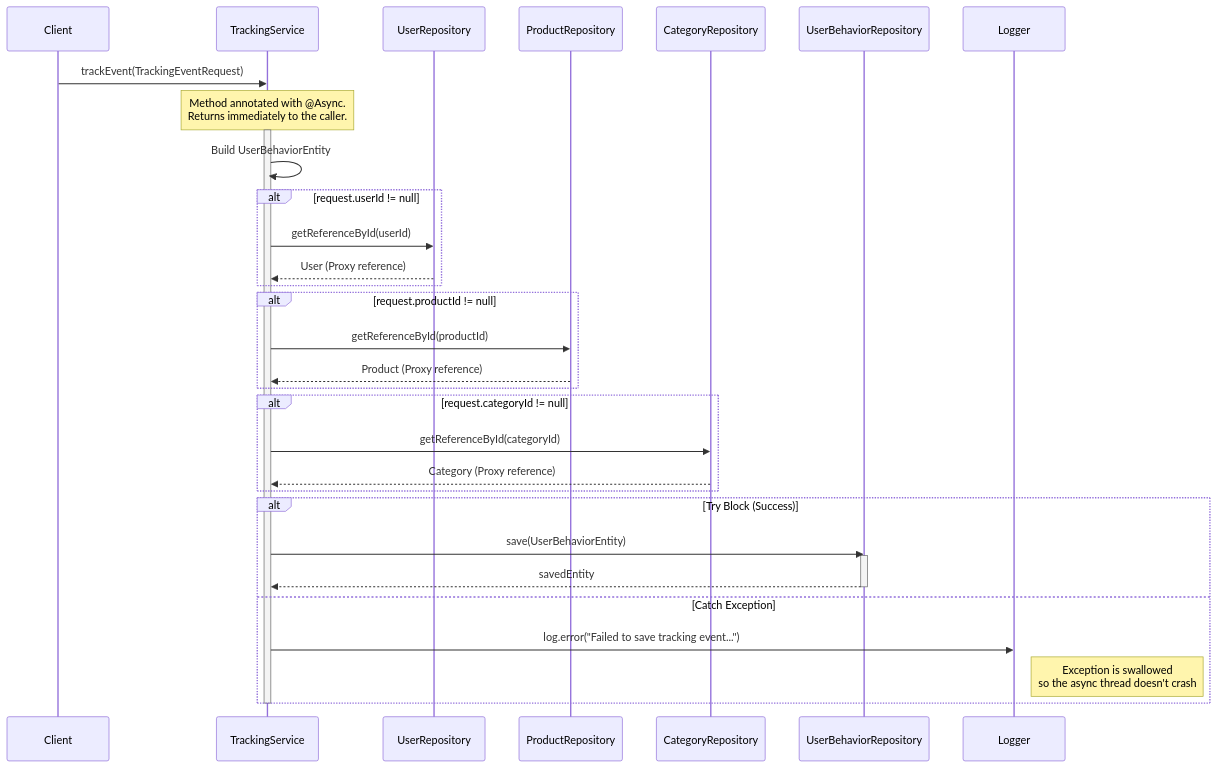
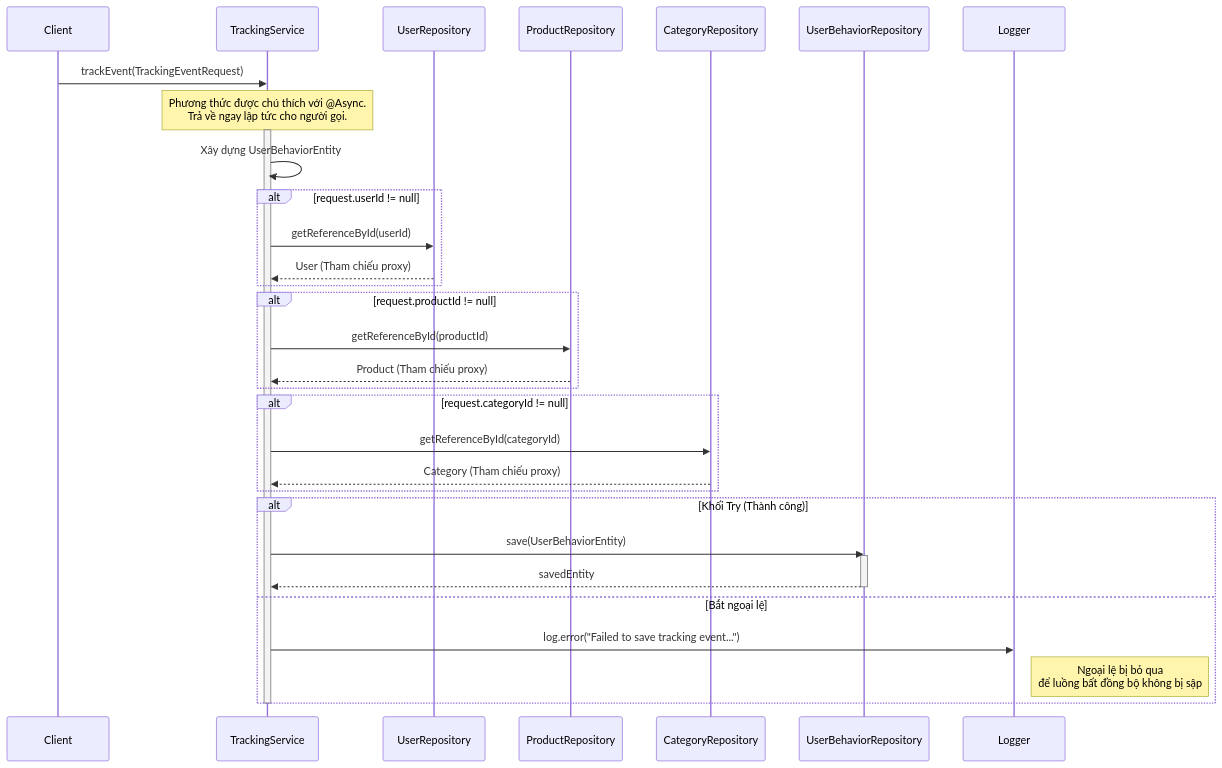
Before and after one commit to aquoc09/easymall: the diagram in .agent/sequence/tracking_service_sequence_diagrams.md, drawn with Mermaid. The commit also changed other lines of this file and 18 other files, not shown here.

Commit message:
UPDATE: Sequence diagram vietnamese

````diff
--- a/.agent/sequence/tracking_service_sequence_diagrams.md
+++ b/.agent/sequence/tracking_service_sequence_diagrams.md
@@ -9,43 +9,43 @@
 ```mermaid
 sequenceDiagram
     participant Client
     participant TrackingService
     participant UserRepository
     participant ProductRepository
     participant CategoryRepository
     participant UserBehaviorRepository
     participant Logger
 
     Client->>TrackingService: trackEvent(TrackingEventRequest)
-    Note over TrackingService: Method annotated with @Async.<br>Returns immediately to the caller.
+    Note over TrackingService: Phương thức được chú thích với @Async.<br>Trả về ngay lập tức cho người gọi.
     activate TrackingService
 
-    TrackingService->>TrackingService: Build UserBehaviorEntity
+    TrackingService->>TrackingService: Xây dựng UserBehaviorEntity
 
     alt request.userId != null
         TrackingService->>UserRepository: getReferenceById(userId)
-        UserRepository-->>TrackingService: User (Proxy reference)
+        UserRepository-->>TrackingService: User (Tham chiếu proxy)
     end
 
     alt request.productId != null
         TrackingService->>ProductRepository: getReferenceById(productId)
-        ProductRepository-->>TrackingService: Product (Proxy reference)
+        ProductRepository-->>TrackingService: Product (Tham chiếu proxy)
     end
 
     alt request.categoryId != null
         TrackingService->>CategoryRepository: getReferenceById(categoryId)
-        CategoryRepository-->>TrackingService: Category (Proxy reference)
+        CategoryRepository-->>TrackingService: Category (Tham chiếu proxy)
     end
 
-    alt Try Block (Success)
+    alt Khối Try (Thành công)
         TrackingService->>UserBehaviorRepository: save(UserBehaviorEntity)
         activate UserBehaviorRepository
         UserBehaviorRepository-->>TrackingService: savedEntity
         deactivate UserBehaviorRepository
-    else Catch Exception
+    else Bắt ngoại lệ
         TrackingService->>Logger: log.error("Failed to save tracking event...")
-        Note right of Logger: Exception is swallowed <br>so the async thread doesn't crash
+        Note right of Logger: Ngoại lệ bị bỏ qua <br>để luồng bất đồng bộ không bị sập
     end
 
     deactivate TrackingService
 ```
````
